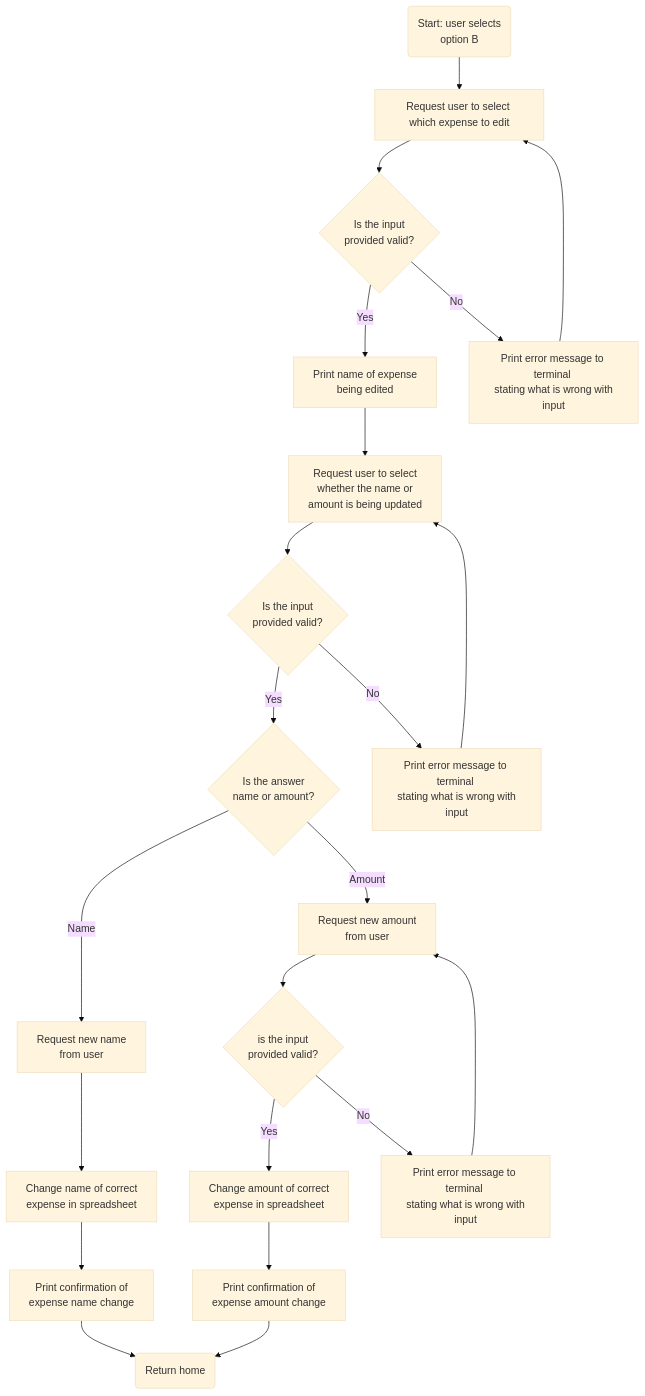
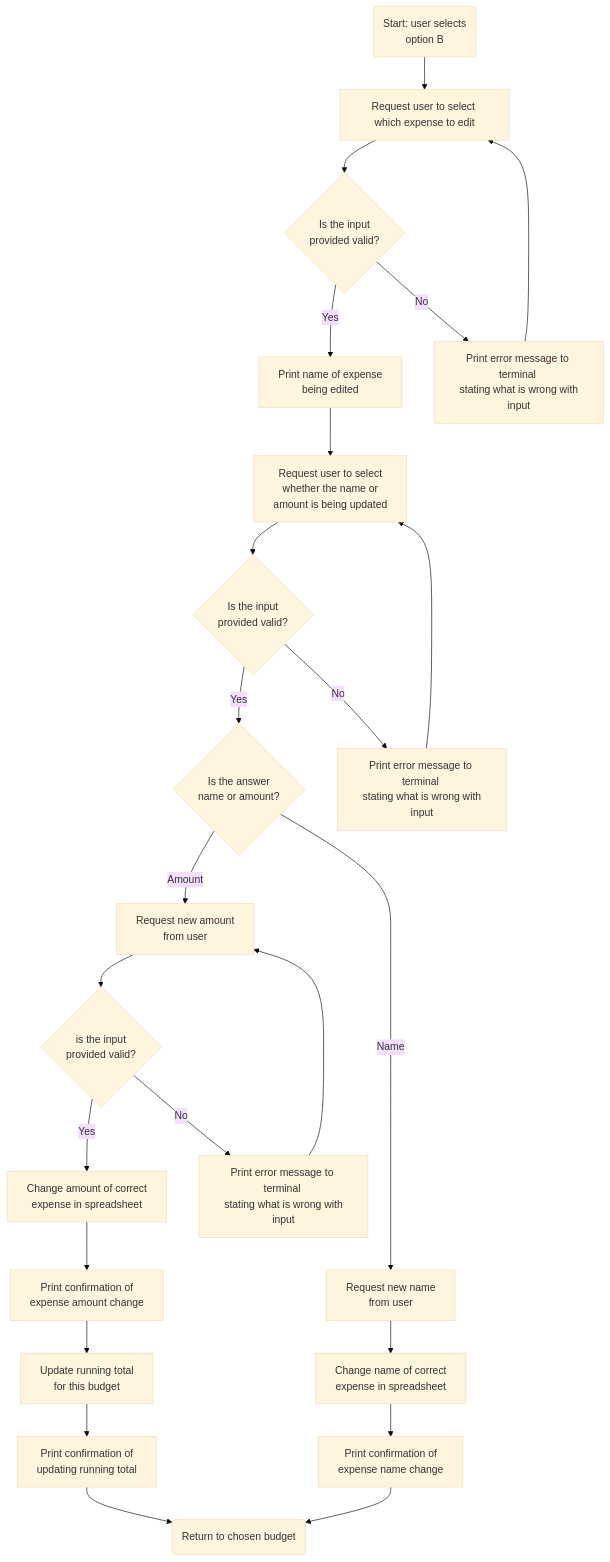
One commit to EvitaKnits/Cashflow-Companion changed the sixth of 8 diagrams in README.md. Above: the diagram before and after it, drawn with Mermaid (base theme). The commit also changed other lines of this file and 1 other file, not shown here.

Commit message:
Update docs for update running total functionality

````diff
--- a/README.md
+++ b/README.md
@@ -230,24 +232,26 @@
 ```mermaid
 flowchart TD
     A(Start: user selects \n option B) --> B[Request user to select which expense to edit]
     B --> C{Is the input \n provided valid?}
     C -->|Yes| E[Print name of expense \n being edited]
     C -->|No| D[Print error message to terminal \n stating what is wrong with input]
     D -->B
     E -->F[Request user to select \n whether the name or \n amount is being updated]
     F --> G{Is the input \n provided valid?}
     G -->|Yes| I{Is the answer \n name or amount?} 
     G -->|No| J[Print error message to terminal \n stating what is wrong with input]
     J --> F
     I -->|Name| K[Request new name \n from user]
     I -->|Amount| L[Request new amount \n from user]
     K --> M[Change name of correct \n expense in spreadsheet]
     L --> N{is the input \n provided valid?}
     N -->|Yes| R[Change amount of correct \n expense in spreadsheet]
     N -->|No| P[Print error message to terminal \n stating what is wrong with input]    
     P --> L
     M --> S[Print confirmation of \n expense name change]
     R --> T[Print confirmation of \n expense amount change]
-    S --> U(Return home)
-    T --> U
+    T --> U[Update running total \n for this budget]
+    U --> V[Print confirmation of \n updating running total]
+    V --> W(Return to chosen budget)
+    S --> W
 ```
````
